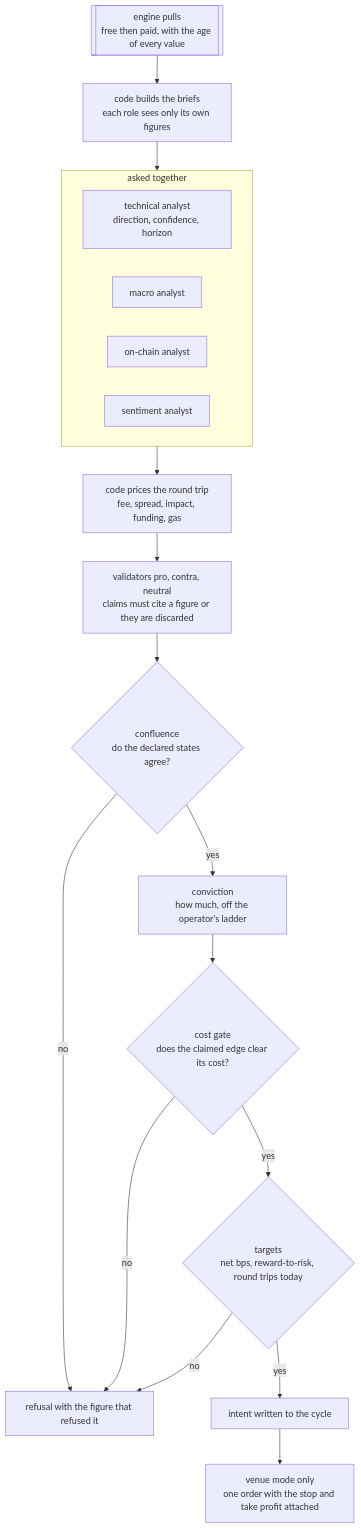
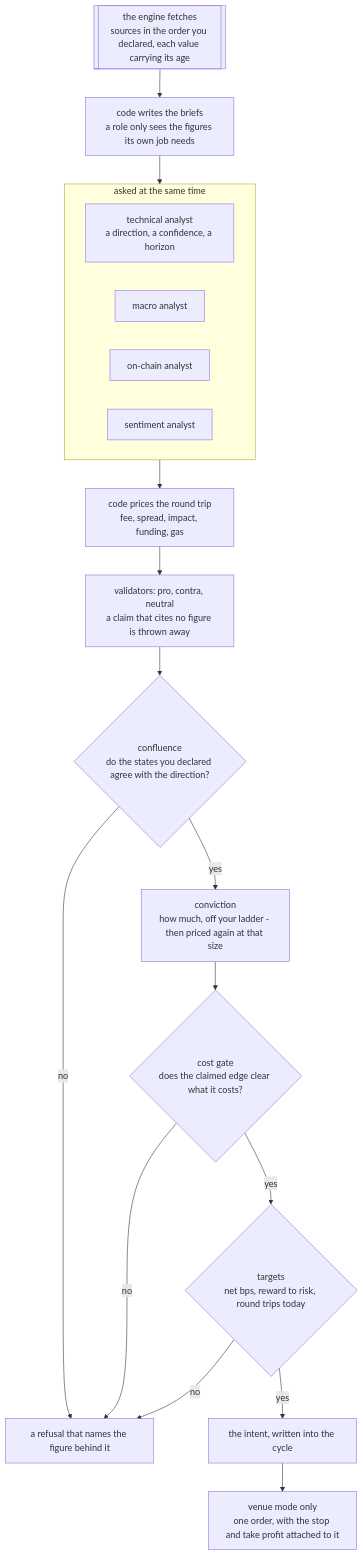
Before and after one commit to BijectiveLabs/bitra: the first of 4 diagrams in README.md, drawn with Mermaid. The commit also changed other lines of this file and 4 other files, not shown here.

Commit message:
docs: the README in plainer words, with the operator's own screenshots

````diff
--- a/README.md
+++ b/README.md
@@ -44,23 +43,23 @@
 ```mermaid
 flowchart TD
-    engine[["engine pulls<br/>free then paid, with the age of every value"]] --> briefs
-    briefs["code builds the briefs<br/>each role sees only its own figures"] --> round1
-    subgraph round1["asked together"]
+    engine[["the engine fetches<br/>sources in the order you declared, each value carrying its age"]] --> briefs
+    briefs["code writes the briefs<br/>a role only sees the figures its own job needs"] --> round1
+    subgraph round1["asked at the same time"]
         direction LR
-        tech["technical analyst<br/>direction, confidence, horizon"]
+        tech["technical analyst<br/>a direction, a confidence, a horizon"]
         macro["macro analyst"]
         chain["on-chain analyst"]
         mood["sentiment analyst"]
     end
     round1 --> price["code prices the round trip<br/>fee, spread, impact, funding, gas"]
-    price --> round2["validators pro, contra, neutral<br/>claims must cite a figure or they are discarded"]
-    round2 --> matrix{"confluence<br/>do the declared states agree?"}
-    matrix -- "no" --> refused["refusal with the figure that refused it"]
-    matrix -- "yes" --> size["conviction<br/>how much, off the operator's ladder"]
-    size --> gate{"cost gate<br/>does the claimed edge clear its cost?"}
+    price --> round2["validators: pro, contra, neutral<br/>a claim that cites no figure is thrown away"]
+    round2 --> matrix{"confluence<br/>do the states you declared agree with the direction?"}
+    matrix -- "no" --> refused["a refusal that names the figure behind it"]
+    matrix -- "yes" --> size["conviction<br/>how much, off your ladder - then priced again at that size"]
+    size --> gate{"cost gate<br/>does the claimed edge clear what it costs?"}
     gate -- "no" --> refused
-    gate -- "yes" --> targets{"targets<br/>net bps, reward-to-risk, round trips today"}
+    gate -- "yes" --> targets{"targets<br/>net bps, reward to risk, round trips today"}
     targets -- "no" --> refused
-    targets -- "yes" --> intent["intent written to the cycle"]
-    intent --> venue["venue mode only<br/>one order with the stop and take profit attached"]
+    targets -- "yes" --> intent["the intent, written into the cycle"]
+    intent --> venue["venue mode only<br/>one order, with the stop and take profit attached to it"]
 ```
````
